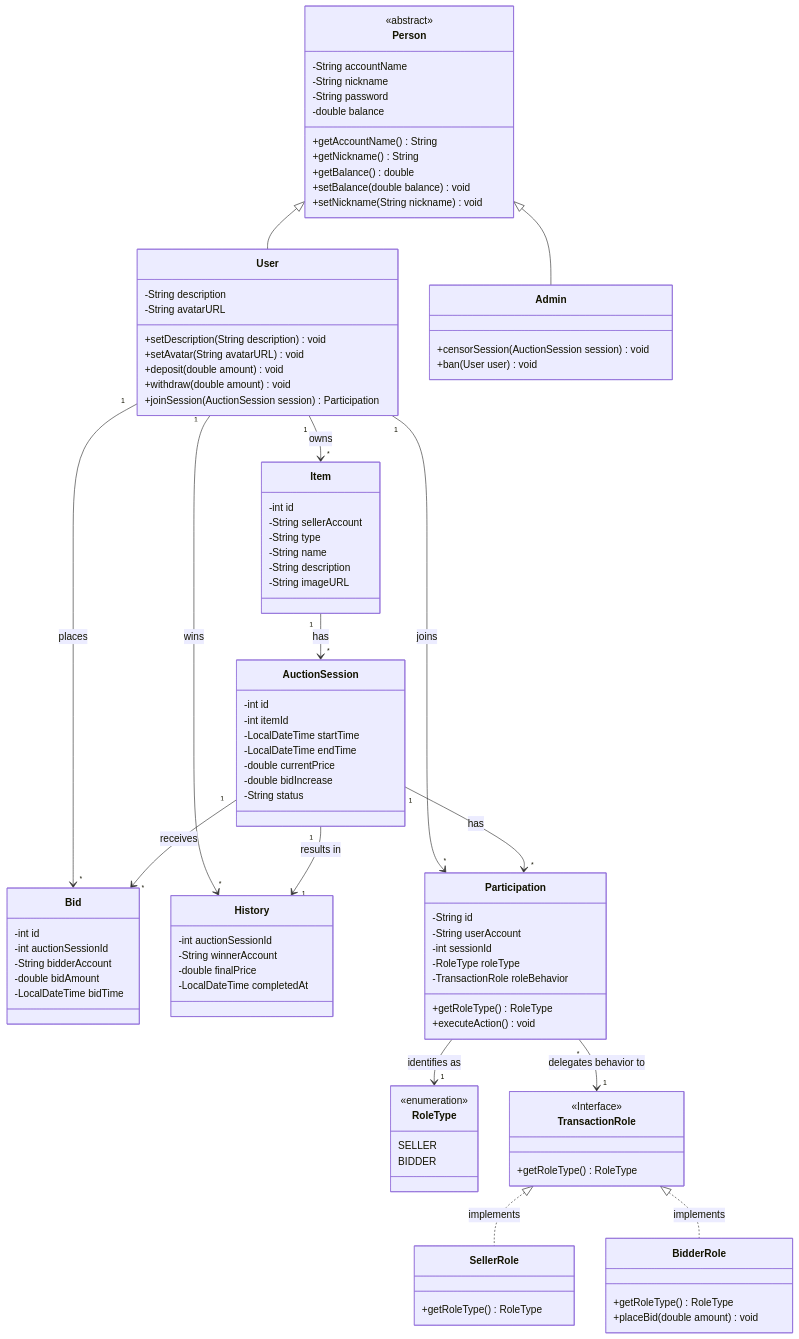
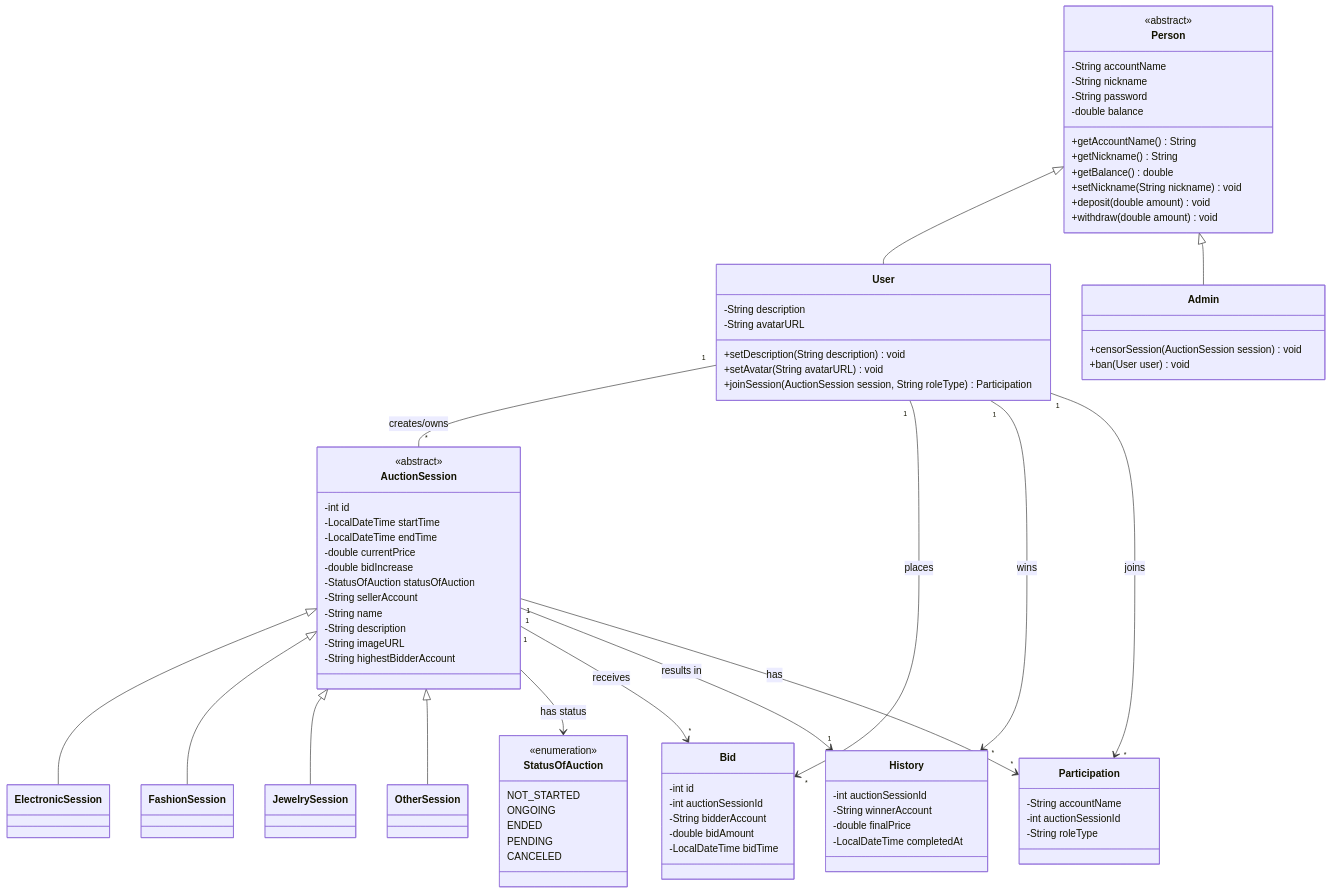
One commit to phudeptraibodoithe/Bai-tap-lon-nhom-6 changed the first of 3 diagrams in README.md. Above: the diagram before and after it, drawn with Mermaid. The commit also changed other lines of this file, not shown here.

````diff
--- a/README.md
+++ b/README.md
@@ -7,5 +27,15 @@
 ```mermaid
 classDiagram
+    %% --- PHẦN ENUM ---
+    class StatusOfAuction {
+        <<enumeration>>
+        NOT_STARTED
+        ONGOING
+        ENDED
+        PENDING
+        CANCELED
+    }
+
     %% --- PHẦN CLASS KẾ THỪA CƠ BẢN ---
     class Person {
         <<abstract>>
@@ -16,8 +46,9 @@
         +getAccountName() String
         +getNickname() String
         +getBalance() double
-        +setBalance(double balance) void
         +setNickname(String nickname) void
+        +deposit(double amount) void
+        +withdraw(double amount) void
     }
 
     class User {
@@ -25,9 +56,7 @@
         -String avatarURL
         +setDescription(String description) void
         +setAvatar(String avatarURL) void
-        +deposit(double amount) void
-        +withdraw(double amount) void
-        +joinSession(AuctionSession session) Participation
+        +joinSession(AuctionSession session, String roleType) Participation
     }
 
     class Admin {
@@ -38,25 +67,38 @@
     Person <|-- User
     Person <|-- Admin
 
-    %% --- PHẦN ENTITY CỐT LÕI ---
-    class Item {
+    %% --- PHẦN ENTITY CỐT LÕI Đ ĐÃ SỬA ---
+    class AuctionSession {
+        <<abstract>>
         -int id
-        -String sellerAccount
-        -String type
-        -String name
-        -String description
-        -String imageURL
-    }
-
-    class AuctionSession {
-        -int id
-        -int itemId
         -LocalDateTime startTime
         -LocalDateTime endTime
         -double currentPrice
         -double bidIncrease
-        -String status
+        -StatusOfAuction statusOfAuction
+        -String sellerAccount
+        -String name
+        -String description
+        -String imageURL
+        -String highestBidderAccount
     }
+
+    %% Các Class con của AuctionSession (Bạn hãy đổi tên theo đúng ảnh của bạn)
+    class ElectronicSession {
+    }
+    class FashionSession {
+    }
+    class JewelrySession {
+    }
+    class OtherSession {
+    }
+
+    AuctionSession <|-- ElectronicSession
+    AuctionSession <|-- FashionSession
+    AuctionSession <|-- JewelrySession
+    AuctionSession <|-- OtherSession
+
+    AuctionSession --> StatusOfAuction : has status
 
     class Bid {
         -int id
@@ -73,50 +115,20 @@
         -LocalDateTime completedAt
     }
 
-    User "1" --> "*" Item : owns
-    Item "1" --> "*" AuctionSession : has
+    User "1" -- "*" AuctionSession : creates/owns
     User "1" --> "*" Bid : places
     AuctionSession "1" --> "*" Bid : receives
     User "1" --> "*" History : wins
     AuctionSession "1" --> "1" History : results in
 
-    %% --- PHẦN XỬ LÝ LUỒNG ROLE ĐỘNG ---
+    %% --- PHẦN PARTICIPATION ---
     class Participation {
-        -String id
-        -String userAccount
-        -int sessionId
-        -RoleType roleType
-        -TransactionRole roleBehavior
-        +getRoleType() RoleType
-        +executeAction() void
+        -String accountName
+        -int auctionSessionId
+        -String roleType
     }
 
-    class RoleType {
-        <<enumeration>>
-        SELLER
-        BIDDER
-    }
-
-    class TransactionRole {
-        <<Interface>>
-        +getRoleType() RoleType
-    }
-
-    class SellerRole {
-        +getRoleType() RoleType
-    }
-
-    class BidderRole {
-        +getRoleType() RoleType
-        +placeBid(double amount) void
-    }
-
+    %% Mối quan hệ của Participation
     User "1" --> "*" Participation : joins
     AuctionSession "1" --> "*" Participation : has
-    
-    Participation --> "1" RoleType : identifies as
-    Participation "*" --> "1" TransactionRole : delegates behavior to
-
-    TransactionRole <|.. SellerRole : implements
-    TransactionRole <|.. BidderRole : implements
 ```
````
